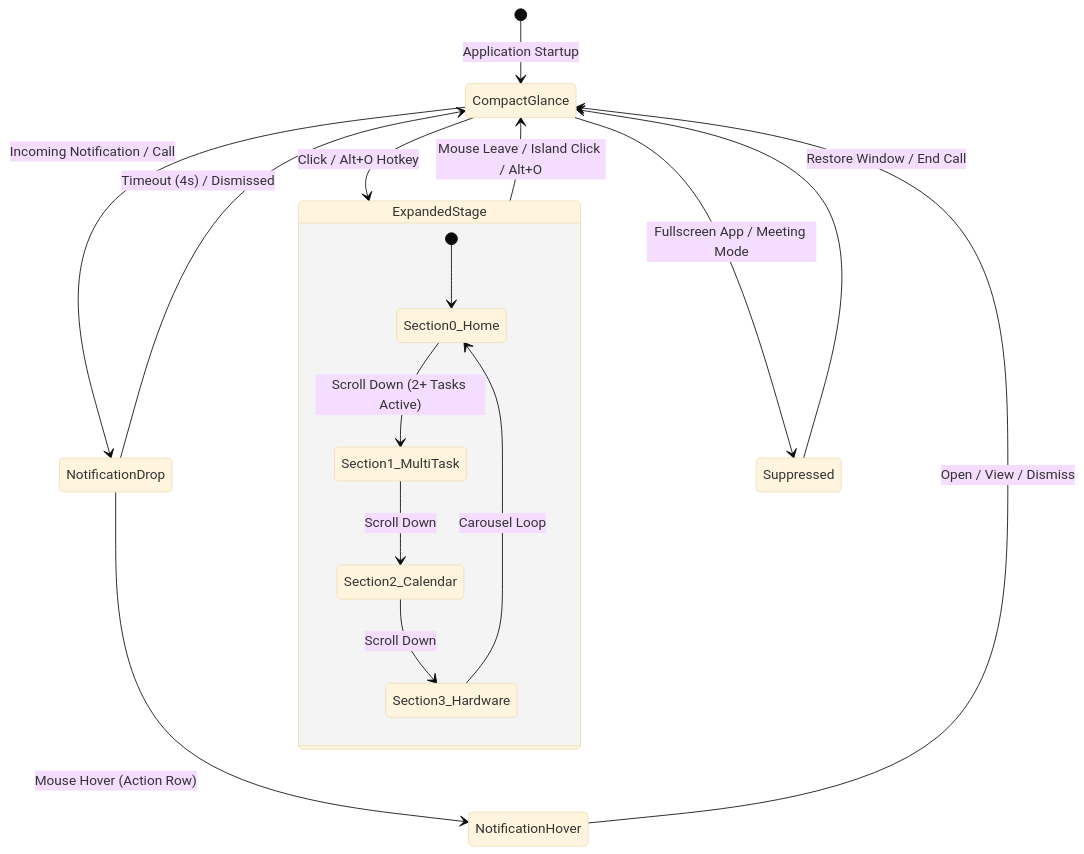
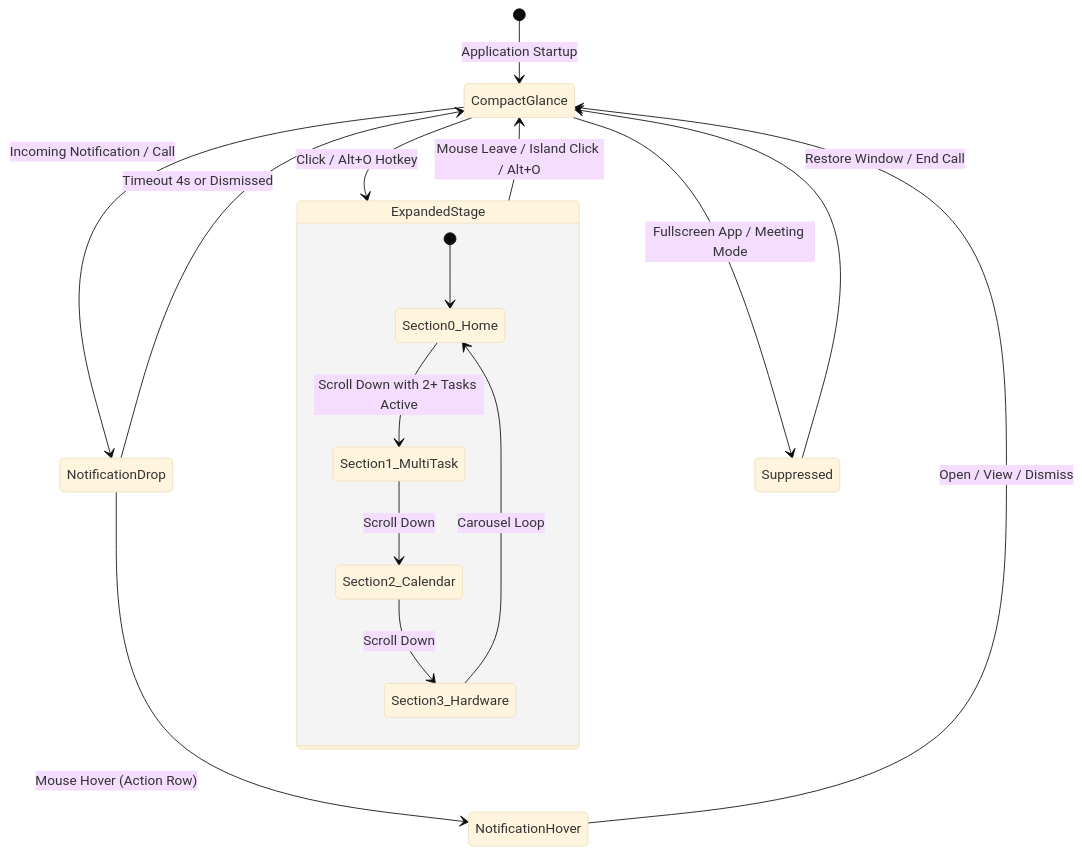
One commit to Dineswarkumar/Orbit-Island changed the first of 2 diagrams in README.md. Above: the diagram before and after it, drawn with Mermaid (base theme). The commit also changed other lines of this file and 5 other files, not shown here.

Commit message:
docs: embed v2.0 screenshots and fix GitHub Mermaid subgraph syntax

````diff
--- a/README.md
+++ b/README.md
@@ -38,23 +61,23 @@
 ```mermaid
 stateDiagram-v2
     [*] --> CompactGlance: Application Startup
     
     CompactGlance --> NotificationDrop: Incoming Notification / Call
-    NotificationDrop --> CompactGlance: Timeout (4s) / Dismissed
+    NotificationDrop --> CompactGlance: Timeout 4s or Dismissed
     NotificationDrop --> NotificationHover: Mouse Hover (Action Row)
     NotificationHover --> CompactGlance: Open / View / Dismiss
     
     CompactGlance --> ExpandedStage: Click / Alt+O Hotkey
     ExpandedStage --> CompactGlance: Mouse Leave / Island Click / Alt+O
     
     CompactGlance --> Suppressed: Fullscreen App / Meeting Mode
     Suppressed --> CompactGlance: Restore Window / End Call
     
     state ExpandedStage {
         [*] --> Section0_Home
-        Section0_Home --> Section1_MultiTask: Scroll Down (2+ Tasks Active)
+        Section0_Home --> Section1_MultiTask: Scroll Down with 2+ Tasks Active
         Section1_MultiTask --> Section2_Calendar: Scroll Down
         Section2_Calendar --> Section3_Hardware: Scroll Down
         Section3_Hardware --> Section0_Home: Carousel Loop
     }
 ```
````
